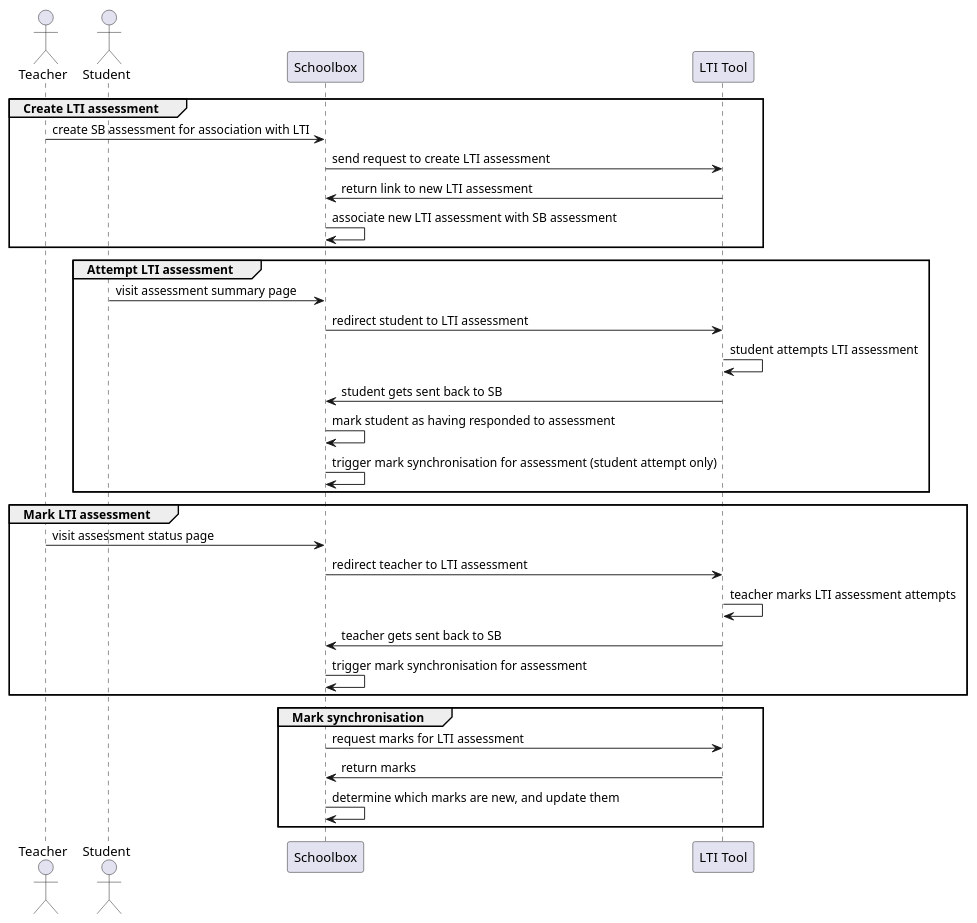
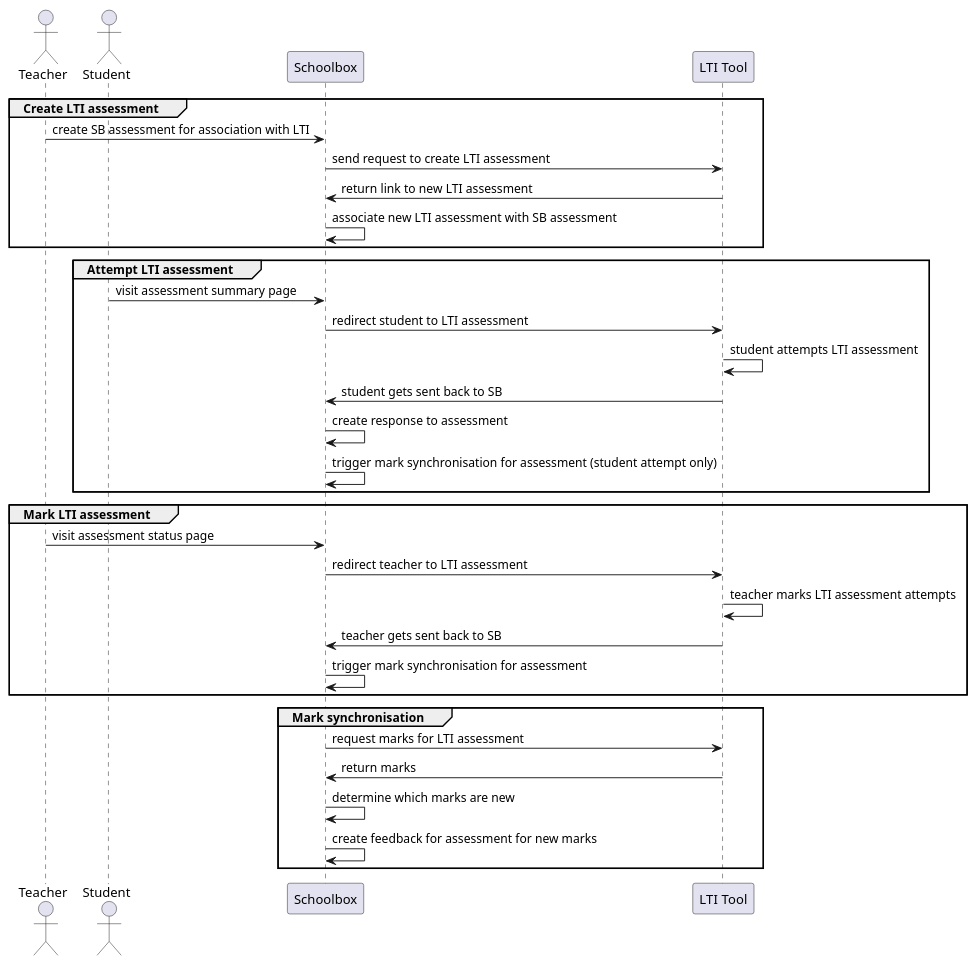
Before and after one commit to juliaattrevisan/schoolbox-api-docs: the diagram in library/Schoolbox/Learning/Assessment/Lti/sequenceDiagram.plantuml, drawn with PlantUML.

Commit message:
Align nomenclature with standard SB assessment names [SA-12593]

```diff
--- a/library/Schoolbox/Learning/Assessment/Lti/sequenceDiagram.plantuml
+++ b/library/Schoolbox/Learning/Assessment/Lti/sequenceDiagram.plantuml
@@ -1,39 +1,40 @@
 @startuml
 'https://plantuml.com/sequence-diagram
 
 actor Teacher as TC
 actor Student as ST
 participant Schoolbox as SB
 participant "LTI Tool" as LTI
 
 group Create LTI assessment
     TC -> SB: create SB assessment for association with LTI
     SB -> LTI: send request to create LTI assessment
     LTI -> SB: return link to new LTI assessment
     SB -> SB: associate new LTI assessment with SB assessment
 end
 
 group Attempt LTI assessment
     ST -> SB: visit assessment summary page
     SB -> LTI: redirect student to LTI assessment
     LTI -> LTI: student attempts LTI assessment
     LTI -> SB: student gets sent back to SB
-    SB -> SB: mark student as having responded to assessment
+    SB -> SB: create response to assessment
     SB -> SB: trigger mark synchronisation for assessment (student attempt only)
 end
 
 group Mark LTI assessment
     TC -> SB: visit assessment status page
     SB -> LTI: redirect teacher to LTI assessment
     LTI -> LTI: teacher marks LTI assessment attempts
     LTI -> SB: teacher gets sent back to SB
     SB -> SB: trigger mark synchronisation for assessment
 end
 
 group Mark synchronisation
     SB -> LTI: request marks for LTI assessment
     LTI -> SB: return marks
-    SB -> SB: determine which marks are new, and update them
+    SB -> SB: determine which marks are new
+    SB -> SB: create feedback for assessment for new marks
 end
 
 @enduml
```
